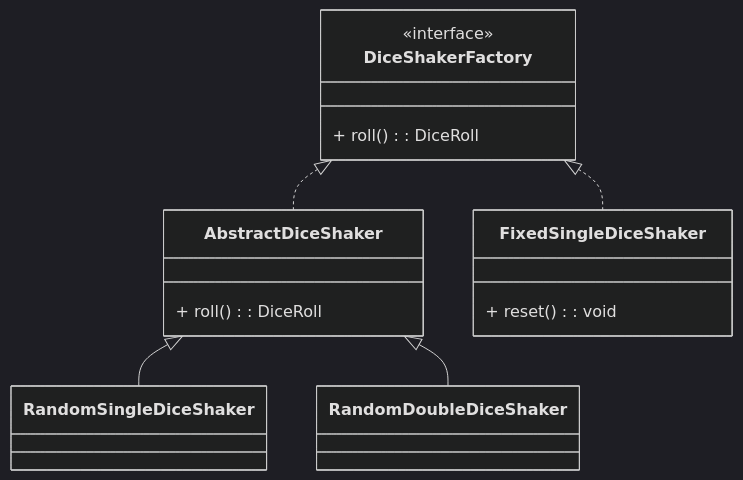
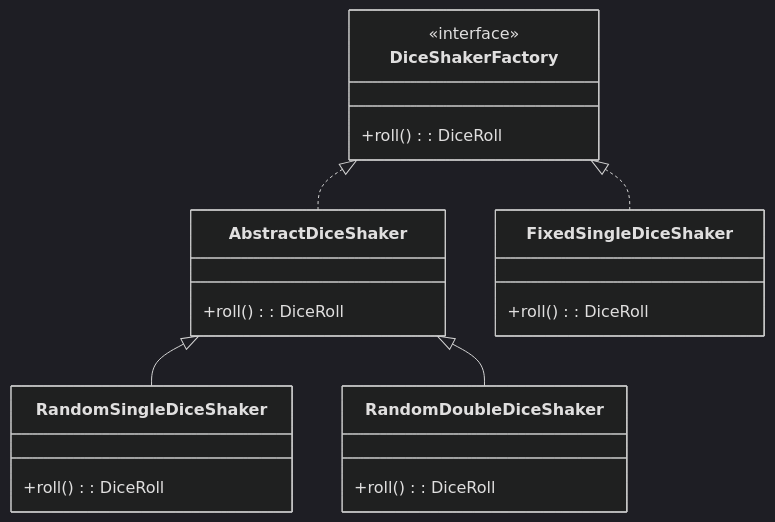
One commit to SirRmelTheThird/HyperJump changed diagram 11 of 30 in README.md. Above: the diagram before and after it, drawn with Mermaid (dark theme). The commit also changed other lines of this file, not shown here.

````diff
--- a/README.md
+++ b/README.md
@@ -401,23 +408,28 @@
 ```mermaid
 classDiagram
+    DiceShakerFactory <|.. AbstractDiceShaker
+    DiceShakerFactory <|.. FixedSingleDiceShaker
     AbstractDiceShaker <|-- RandomSingleDiceShaker
     AbstractDiceShaker <|-- RandomDoubleDiceShaker
-    DiceShakerFactory <|.. AbstractDiceShaker
-    DiceShakerFactory <|.. FixedSingleDiceShaker
 
     class DiceShakerFactory {
         <<interface>>
-        + roll(): DiceRoll
+        +roll(): DiceRoll
     }
 
     class AbstractDiceShaker {
-        + roll(): DiceRoll
+        +roll(): DiceRoll
     }
 
-    class RandomSingleDiceShaker
-    class RandomDoubleDiceShaker
+    class RandomSingleDiceShaker {
+        +roll(): DiceRoll
+    }
+
+    class RandomDoubleDiceShaker {
+        +roll(): DiceRoll
+    }
 
     class FixedSingleDiceShaker {
-        + reset(): void
+        +roll(): DiceRoll
     }
 ```
````
